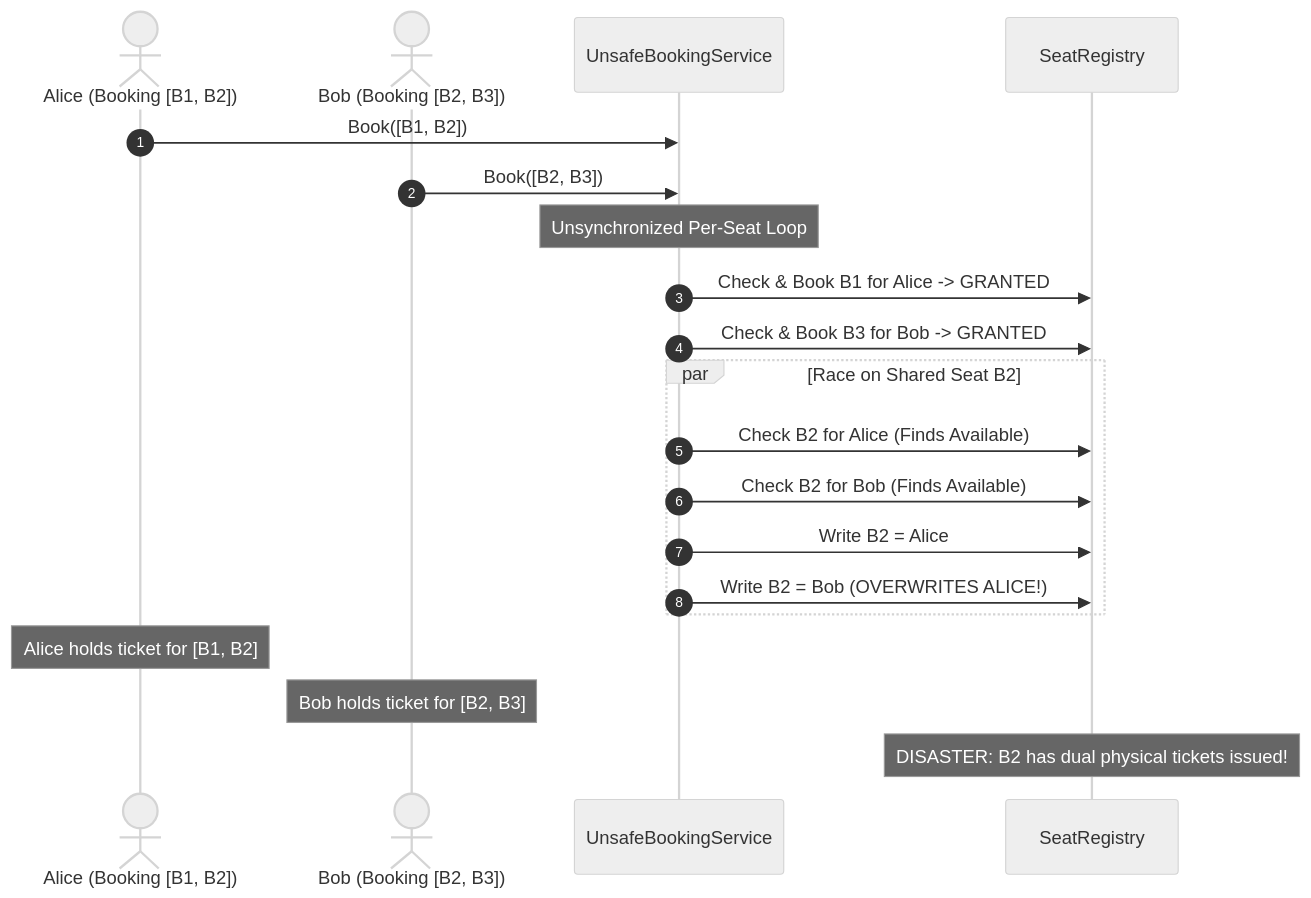
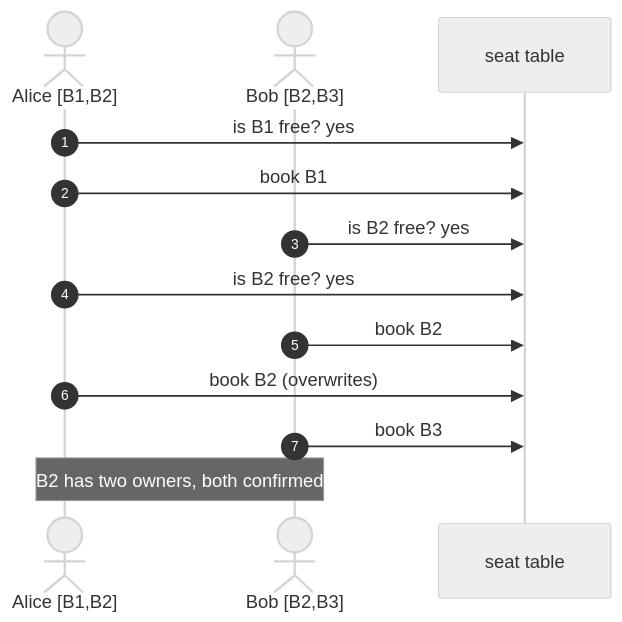
Before and after one commit to TapanKumarBarik/Backend-roadmap: the fourth of 4 diagrams in content/lld/16-movie-ticket-booking/README.md, drawn with Mermaid (neutral theme). The commit also changed other lines of this file and 68 other files, not shown here.

````diff
--- a/content/lld/16-movie-ticket-booking/README.md
+++ b/content/lld/16-movie-ticket-booking/README.md
@@ -144,26 +880,16 @@
 ```mermaid
 sequenceDiagram
-    autonumber
-    actor Alice as Alice (Booking [B1, B2])
-    actor Bob as Bob (Booking [B2, B3])
-    participant Svc as UnsafeBookingService
-    participant DB as SeatRegistry
+  autonumber
+  actor A as Alice [B1,B2]
+  actor B as Bob [B2,B3]
+  participant DB as seat table
 
-    Alice->>Svc: Book([B1, B2])
-    Bob->>Svc: Book([B2, B3])
-
-    Note over Svc: Unsynchronized Per-Seat Loop
-    Svc->>DB: Check & Book B1 for Alice -> GRANTED
-    Svc->>DB: Check & Book B3 for Bob -> GRANTED
-    
-    par Race on Shared Seat B2
-        Svc->>DB: Check B2 for Alice (Finds Available)
-        Svc->>DB: Check B2 for Bob (Finds Available)
-        Svc->>DB: Write B2 = Alice
-        Svc->>DB: Write B2 = Bob (OVERWRITES ALICE!)
-    end
-
-    Note over Alice: Alice holds ticket for [B1, B2]
-    Note over Bob: Bob holds ticket for [B2, B3]
-    Note over DB: DISASTER: B2 has dual physical tickets issued!
+  A->>DB: is B1 free? yes
+  A->>DB: book B1
+  B->>DB: is B2 free? yes
+  A->>DB: is B2 free? yes
+  B->>DB: book B2
+  A->>DB: book B2 (overwrites)
+  B->>DB: book B3
+  Note over A,B: B2 has two owners, both confirmed
 ```
````
